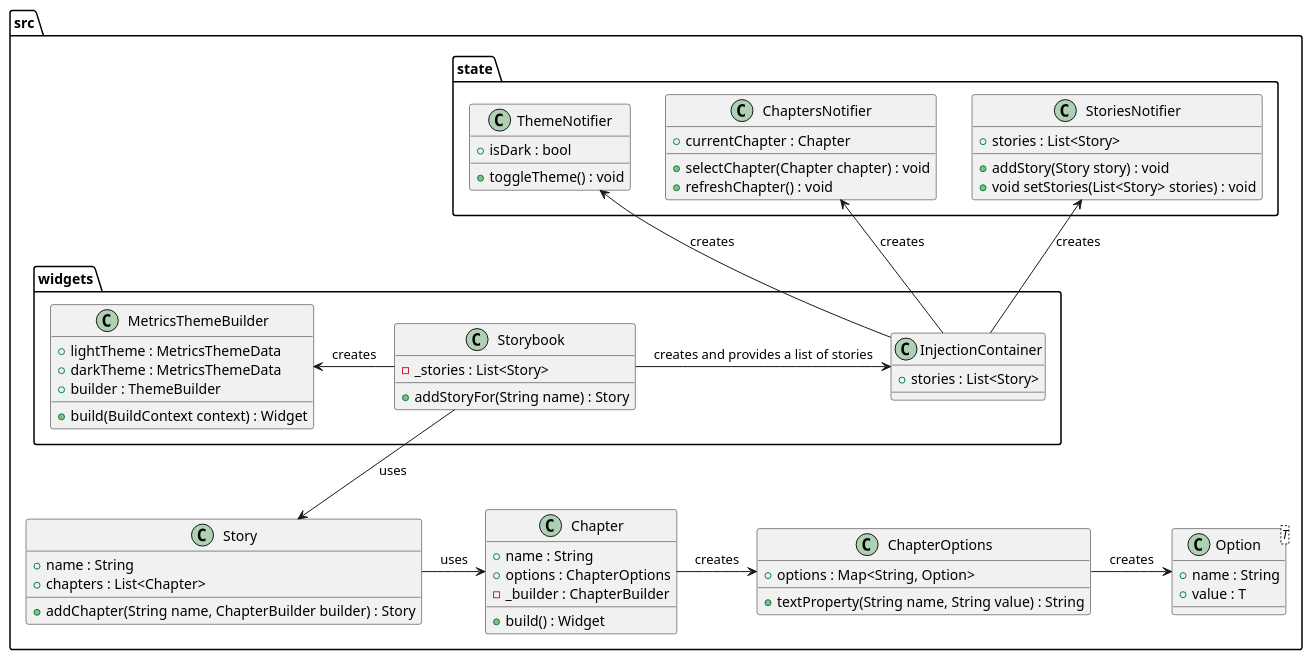
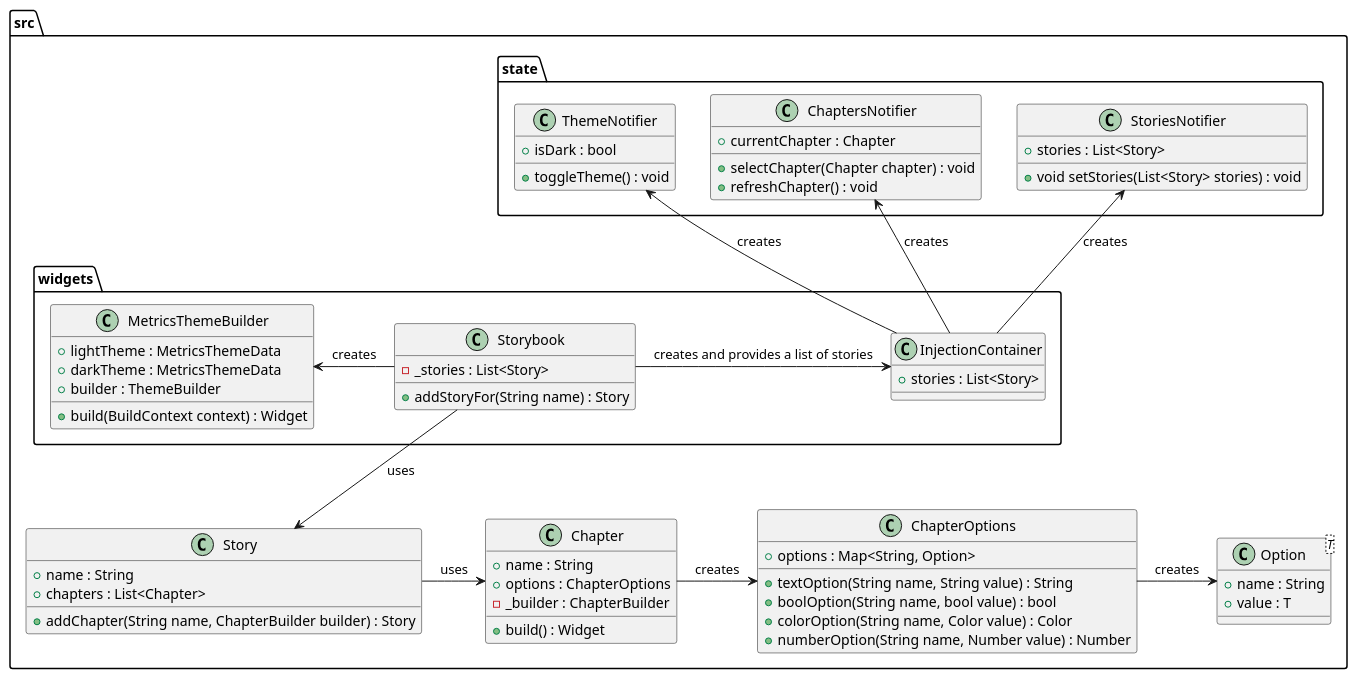
One commit to Flank/flank-dashboard changed the diagram in metrics/web/docs/features/storybook/diagrams/metrics_storybook_class_diagram.puml. Above: the diagram before and after it, drawn with PlantUML. The commit also changed 3 other files, not shown here.

```diff
--- a/metrics/web/docs/features/storybook/diagrams/metrics_storybook_class_diagram.puml
+++ b/metrics/web/docs/features/storybook/diagrams/metrics_storybook_class_diagram.puml
@@ -1,80 +1,84 @@
 @startuml metrics_storybook_class_diagram
 
 package src {
     package widgets {
         class Storybook {
             - _stories : List<Story>
 
             + addStoryFor(String name) : Story
         }
 
         class InjectionContainer {
             + stories : List<Story>
         }
 
         class MetricsThemeBuilder {
             + lightTheme : MetricsThemeData
             + darkTheme : MetricsThemeData
             + builder : ThemeBuilder
+
             + build(BuildContext context) : Widget
         }
     }
 
     package state {
         class StoriesNotifier {
             + stories : List<Story>
 
-            + addStory(Story story) : void
             + void setStories(List<Story> stories) : void
         }
 
         class ChaptersNotifier {
             + currentChapter : Chapter
 
             + selectChapter(Chapter chapter) : void
             + refreshChapter() : void
         }
 
         class ThemeNotifier {
             + isDark : bool
 
             + toggleTheme() : void
         }
     }
 
     class Story {
         + name : String
         + chapters : List<Chapter>
 
         + addChapter(String name, ChapterBuilder builder) : Story
     }
 
     class Chapter {
         + name : String
         + options : ChapterOptions
         - _builder : ChapterBuilder
 
         + build() : Widget
     }
 
     class ChapterOptions {
         + options : Map<String, Option>
-        + textProperty(String name, String value) : String
+
+        + textOption(String name, String value) : String
+        + boolOption(String name, bool value) : bool
+        + colorOption(String name, Color value) : Color
+        + numberOption(String name, Number value) : Number
     }
 
     class Option<T> {
         + name : String
         + value : T
     }
 }
 
 Storybook -> InjectionContainer : creates and provides a list of stories
 Storybook -left-> MetricsThemeBuilder : creates
 InjectionContainer -up-> StoriesNotifier : creates
 InjectionContainer -up-> ChaptersNotifier : creates
 InjectionContainer -up-> ThemeNotifier : creates
 Storybook -down-> Story : uses
 Story -right-> Chapter : uses
 Chapter -right-> ChapterOptions : creates
 ChapterOptions -> Option : creates
 @enduml
```
